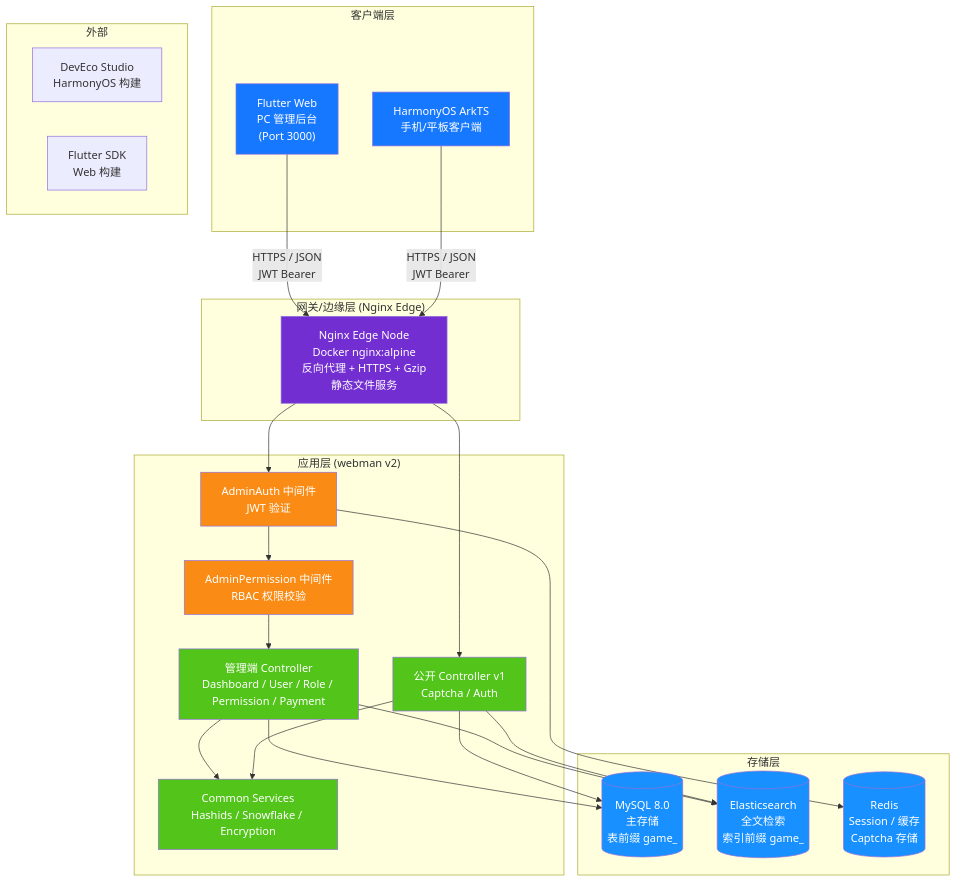
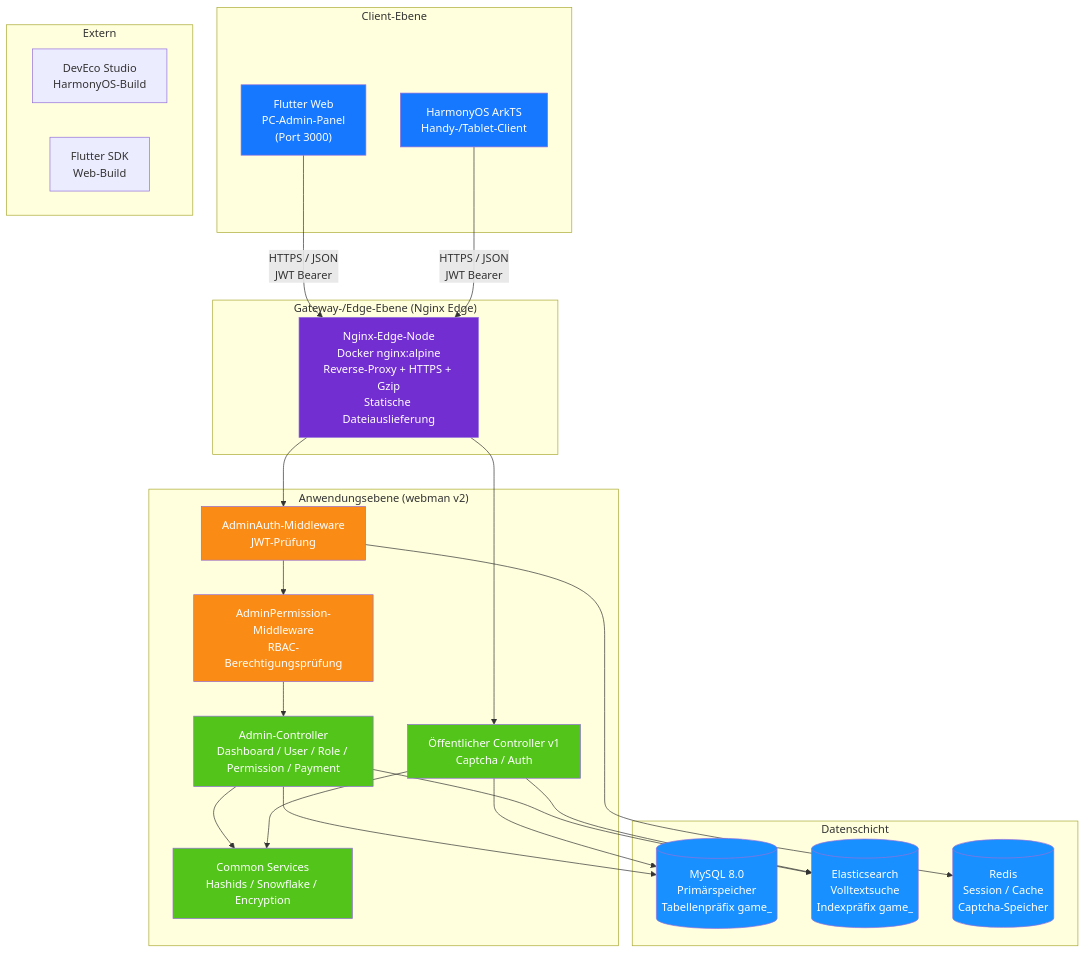
One commit to erikwang2013/game-platform-php changed the first of 14 diagrams in admin/docs/ARCHITECTURE.de.md. Above: the diagram before and after it, drawn with Mermaid. The commit also changed other lines of this file and 211 other files, not shown here.

First line of the commit message:
fix: 支付配置读回类型根治、提现事件对账巡检，12 语族 mermaid 与 API 标签本地化

````diff
--- a/admin/docs/ARCHITECTURE.de.md
+++ b/admin/docs/ARCHITECTURE.de.md
@@ -15,56 +15,56 @@
 ```mermaid
 flowchart TB
-    subgraph "客户端层"
-        A1["Flutter Web<br/>PC 管理后台<br/>(Port 3000)"]
-        A2["HarmonyOS ArkTS<br/>手机/平板客户端"]
+    subgraph "Client-Ebene"
+        A1["Flutter Web<br/>PC-Admin-Panel<br/>(Port 3000)"]
+        A2["HarmonyOS ArkTS<br/>Handy-/Tablet-Client"]
     end
 
-    subgraph "网关/边缘层 (Nginx Edge)"
-        B1["Nginx Edge Node<br/>Docker nginx:alpine<br/>反向代理 + HTTPS + Gzip<br/>静态文件服务"]
+    subgraph "Gateway-/Edge-Ebene (Nginx Edge)"
+        B1["Nginx-Edge-Node<br/>Docker nginx:alpine<br/>Reverse-Proxy + HTTPS + Gzip<br/>Statische Dateiauslieferung"]
     end
 
-    subgraph "应用层 (webman v2)"
-        C1["AdminAuth 中间件<br/>JWT 验证"]
-        C2["AdminPermission 中间件<br/>RBAC 权限校验"]
-        C3["管理端 Controller<br/>Dashboard / User / Role / Permission / Payment"]
-        C4["公开 Controller v1<br/>Captcha / Auth"]
+    subgraph "Anwendungsebene (webman v2)"
+        C1["AdminAuth-Middleware<br/>JWT-Prüfung"]
+        C2["AdminPermission-Middleware<br/>RBAC-Berechtigungsprüfung"]
+        C3["Admin-Controller<br/>Dashboard / User / Role / Permission / Payment"]
+        C4["Öffentlicher Controller v1<br/>Captcha / Auth"]
         C5["Common Services<br/>Hashids / Snowflake / Encryption"]
     end
 
-    subgraph "存储层"
-        D1[("MySQL 8.0<br/>主存储<br/>表前缀 game_")]
-        D2[("Elasticsearch<br/>全文检索<br/>索引前缀 game_")]
-        D3[("Redis<br/>Session / 缓存<br/>Captcha 存储")]
+    subgraph "Datenschicht"
+        D1[("MySQL 8.0<br/>Primärspeicher<br/>Tabellenpräfix game_")]
+        D2[("Elasticsearch<br/>Volltextsuche<br/>Indexpräfix game_")]
+        D3[("Redis<br/>Session / Cache<br/>Captcha-Speicher")]
     end
 
-    subgraph "外部"
-        E1["DevEco Studio<br/>HarmonyOS 构建"]
-        E2["Flutter SDK<br/>Web 构建"]
+    subgraph "Extern"
+        E1["DevEco Studio<br/>HarmonyOS-Build"]
+        E2["Flutter SDK<br/>Web-Build"]
     end
 
     A1 -->|"HTTPS / JSON<br/>JWT Bearer"| B1
     A2 -->|"HTTPS / JSON<br/>JWT Bearer"| B1
     B1 --> C1
     C1 --> C2
     C2 --> C3
     B1 --> C4
     C3 --> C5
     C4 --> C5
     C3 --> D1
     C4 --> D1
     C3 --> D2
     C4 --> D2
     C1 --> D3
 
     style A1 fill:#1677FF,color:#fff
     style A2 fill:#1677FF,color:#fff
     style B1 fill:#722ED1,color:#fff
     style C1 fill:#FA8C16,color:#fff
     style C2 fill:#FA8C16,color:#fff
     style C3 fill:#52C41A,color:#fff
     style C4 fill:#52C41A,color:#fff
     style C5 fill:#52C41A,color:#fff
     style D1 fill:#1890FF,color:#fff
     style D2 fill:#1890FF,color:#fff
     style D3 fill:#1890FF,color:#fff
 ```
````
